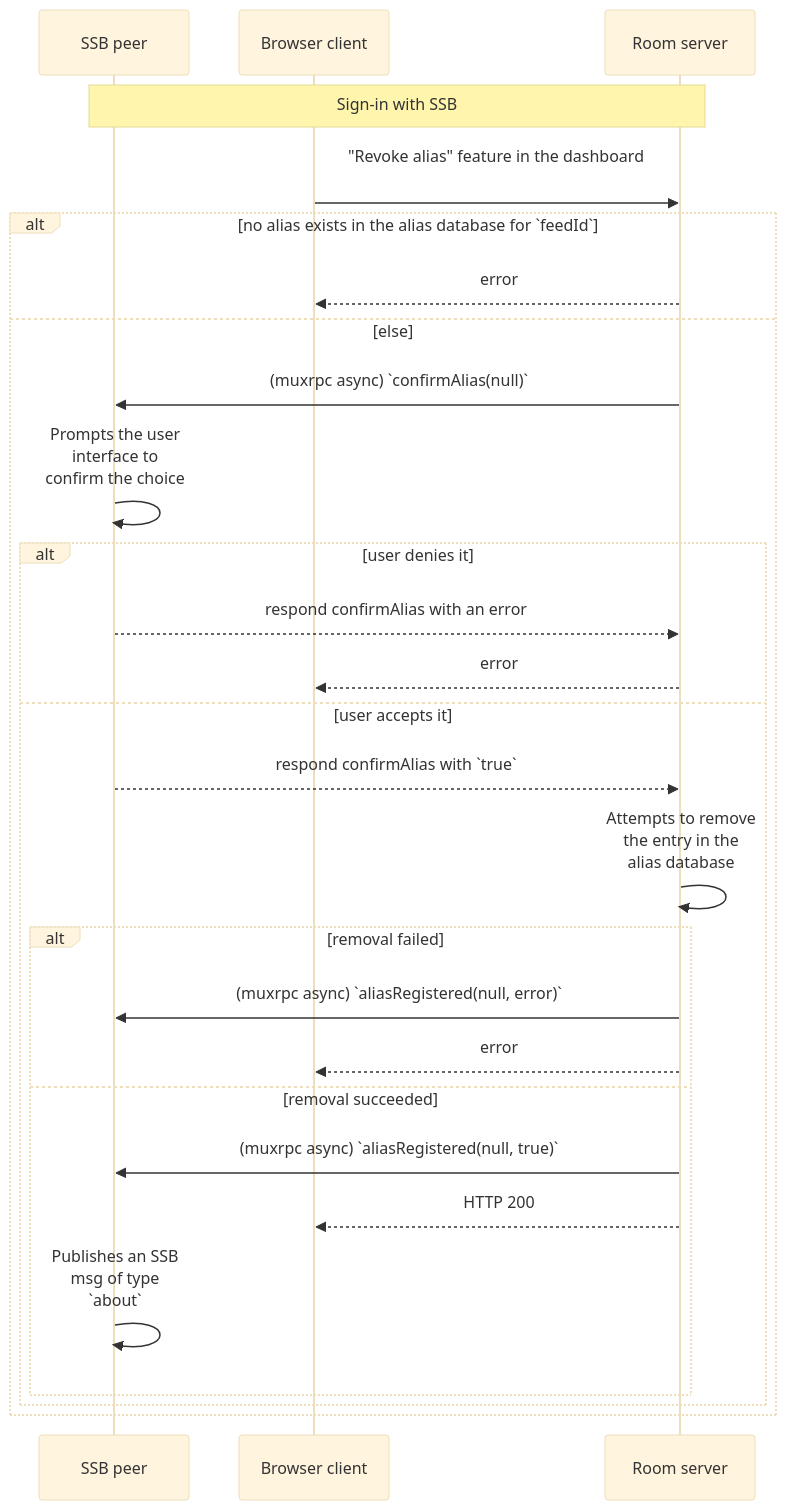
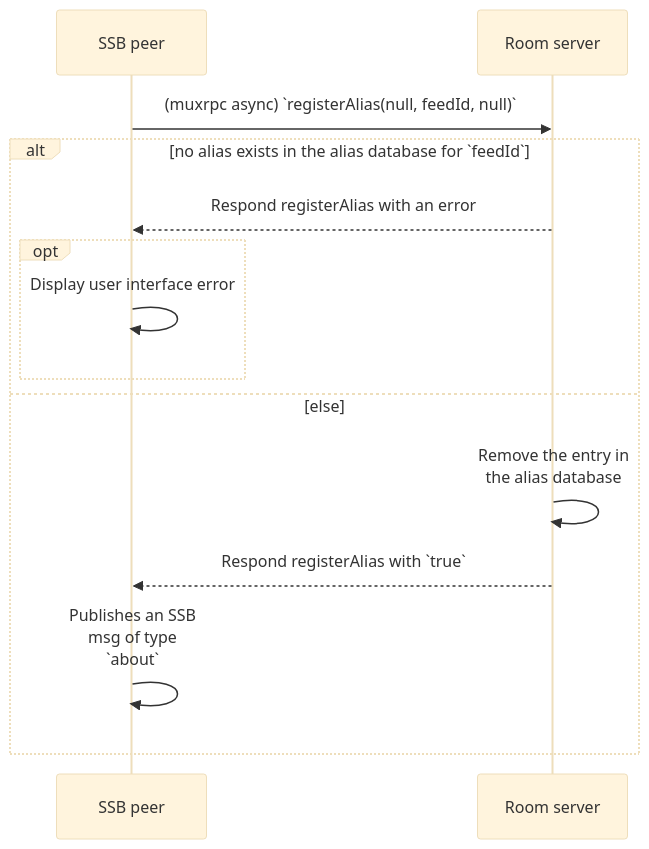
Before and after one commit to ssbc/rooms2: the diagram in docs/Alias/Revocation.md, drawn with Mermaid (base theme). The commit also changed other lines of this file and 2 other files, not shown here.

Commit message:
simplify registration/revocation with just 1 muxrpc

````diff
--- a/docs/Alias/Revocation.md
+++ b/docs/Alias/Revocation.md
@@ -32,31 +21,17 @@
 ```mermaid
 sequenceDiagram
-  participant Umux as SSB peer
-  participant Uweb as Browser client
+  participant U as SSB peer
   participant R as Room server
 
-  Note over Umux,R: Sign-in with SSB
-
-  Uweb->>R: "Revoke alias" feature in the dashboard<br/>
+  U->>R: (muxrpc async) `registerAlias(null, feedId, null)`
   alt no alias exists in the alias database for `feedId`
-    R-->>Uweb: error
+    R-->>U: Respond registerAlias with an error
+    opt
+        U->>U: Display user interface error
+    end
   else else
-    R->>Umux: (muxrpc async) `confirmAlias(null)`
-    Umux->>Umux: Prompts the user<br/>interface to<br/>confirm the choice
-    alt user denies it
-        Umux-->>R: respond confirmAlias with an error
-        R-->>Uweb: error
-    else user accepts it
-        Umux-->>R: respond confirmAlias with `true`
-        R->>R: Attempts to remove<br/>the entry in the<br/>alias database
-        alt removal failed
-            R->>Umux: (muxrpc async) `aliasRegistered(null, error)`
-            R-->>Uweb: error
-        else removal succeeded
-            R->>Umux: (muxrpc async) `aliasRegistered(null, true)`
-            R-->>Uweb: HTTP 200
-            Umux->>Umux: Publishes an SSB<br/>msg of type<br/>`about`
-        end
-    end
+    R->>R: Remove the entry in<br/>the alias database
+    R-->>U: Respond registerAlias with `true`
+    U->>U: Publishes an SSB<br/>msg of type<br/>`about`
   end
 ```
````
